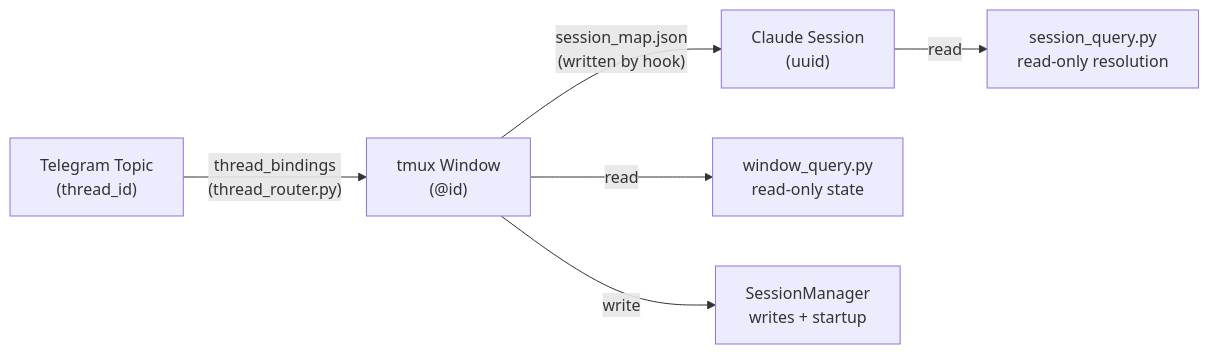
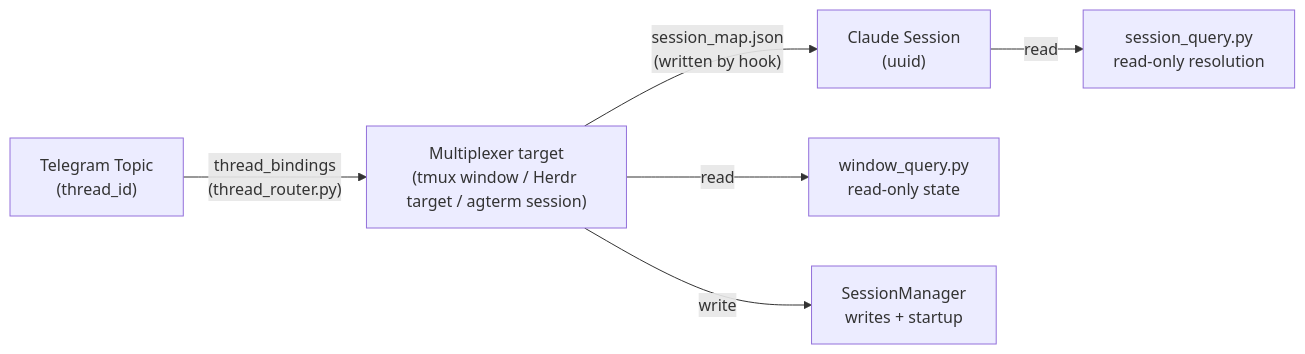
The third of 8 diagrams in docs/architecture.md (alexei-led/ccgram), drawn with Mermaid before and after one commit. The commit also changed other lines of this file and 12 other files, not shown here.

````diff
--- a/docs/architecture.md
+++ b/docs/architecture.md
@@ -133,17 +139,17 @@
 ```mermaid
 graph LR
     Topic["Telegram Topic<br>(thread_id)"]
-    Window["tmux Window<br>(@id)"]
+    Target["Multiplexer target<br>(tmux window / Herdr target / agterm session)"]
     Session["Claude Session<br>(uuid)"]
 
-    Topic -- "thread_bindings<br>(thread_router.py)" --> Window
-    Window -- "session_map.json<br>(written by hook)" --> Session
+    Topic -- "thread_bindings<br>(thread_router.py)" --> Target
+    Target -- "session_map.json<br>(written by hook)" --> Session
 
     WQ["window_query.py<br>read-only state"]
     SQ["session_query.py<br>read-only resolution"]
     SM["SessionManager<br>writes + startup"]
 
-    Window -- "read" --> WQ
-    Window -- "write" --> SM
+    Target -- "read" --> WQ
+    Target -- "write" --> SM
     Session -- "read" --> SQ
 ```
````
